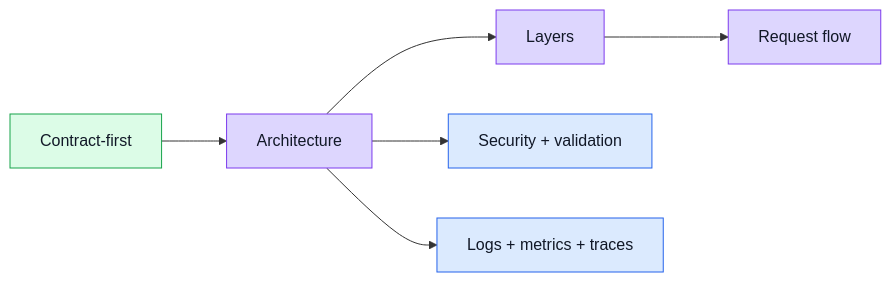
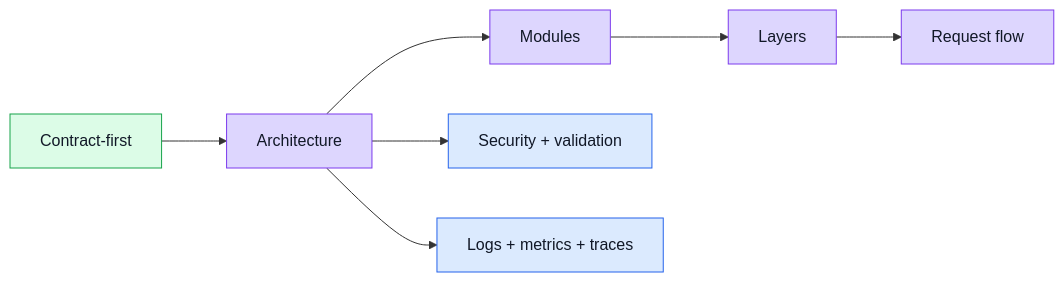
The diagram in docs/theory/index.md (Guebbit/boilerplate-node-backend), drawn with Mermaid before and after one commit. The commit also changed other lines of this file and 684 other files, not shown here.

First line of the commit message:
feat!: 2.0.0 — modular architecture, fragmented contracts, domain layer

````diff
--- a/docs/theory/index.md
+++ b/docs/theory/index.md
@@ -8,16 +8,17 @@
 ```mermaid
 %%{init: {'flowchart': {'nodeSpacing': 50, 'rankSpacing': 65}}}%%
 flowchart LR
     Contract[Contract-first] --> Architecture[Architecture]
-    Architecture --> Layers[Layers]
+    Architecture --> Modules[Modules]
+    Modules --> Layers[Layers]
     Layers --> Flow[Request flow]
     Architecture --> Safety[Security + validation]
     Architecture --> Signals[Logs + metrics + traces]
 
     classDef contract fill:#dcfce7,stroke:#16a34a,color:#111827;
     classDef structure fill:#ddd6fe,stroke:#7c3aed,color:#111827;
     classDef ops fill:#dbeafe,stroke:#2563eb,color:#111827;
     class Contract contract;
-    class Architecture,Layers,Flow structure;
+    class Architecture,Modules,Layers,Flow structure;
     class Safety,Signals ops;
 ```
````
